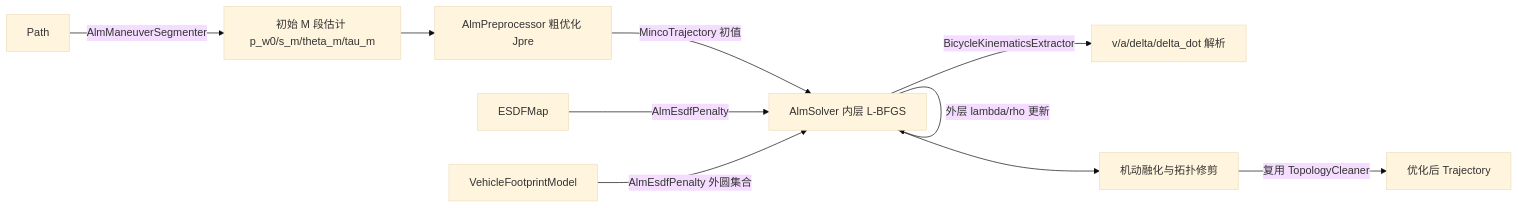
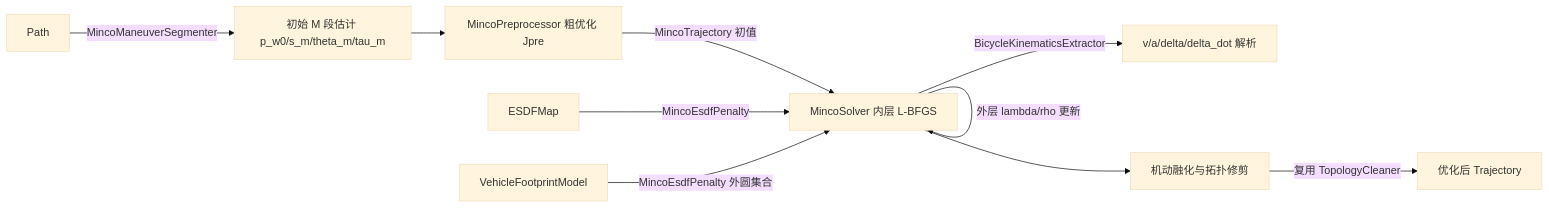
Before and after one commit to zw007981/APAPostProcessor: the third of 6 diagrams in docs/architecture.md, drawn with Mermaid (base theme). The commit also changed other lines of this file and 41 other files, not shown here.

````diff
--- a/docs/architecture.md
+++ b/docs/architecture.md
@@ -240,12 +240,12 @@
 ```mermaid
 flowchart LR
-    Path -->|AlmManeuverSegmenter| Init[初始 M 段估计 p_w0/s_m/theta_m/tau_m]
-    Init --> Preproc[AlmPreprocessor 粗优化 Jpre]
-    Preproc -->|MincoTrajectory 初值| Solver[AlmSolver 内层 L-BFGS]
-    ESDFMap -->|AlmEsdfPenalty| Solver
-    VehicleFootprintModel -->|AlmEsdfPenalty 外圆集合| Solver
+    Path -->|MincoManeuverSegmenter| Init[初始 M 段估计 p_w0/s_m/theta_m/tau_m]
+    Init --> Preproc[MincoPreprocessor 粗优化 Jpre]
+    Preproc -->|MincoTrajectory 初值| Solver[MincoSolver 内层 L-BFGS]
+    ESDFMap -->|MincoEsdfPenalty| Solver
+    VehicleFootprintModel -->|MincoEsdfPenalty 外圆集合| Solver
     Solver -->|BicycleKinematicsExtractor| Kinematics[v/a/delta/delta_dot 解析]
     Solver -->|外层 lambda/rho 更新| Solver
     Solver --> Melter[机动融化与拓扑修剪]
     Melter -->|复用 TopologyCleaner| Result[优化后 Trajectory]
 ```
````
